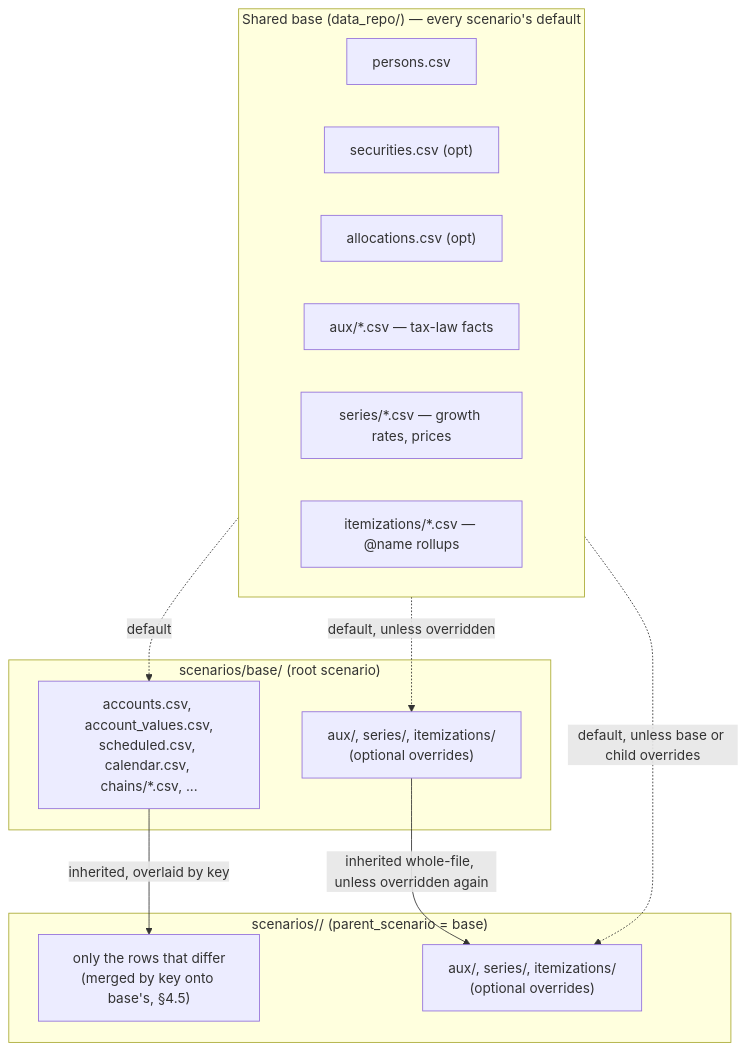
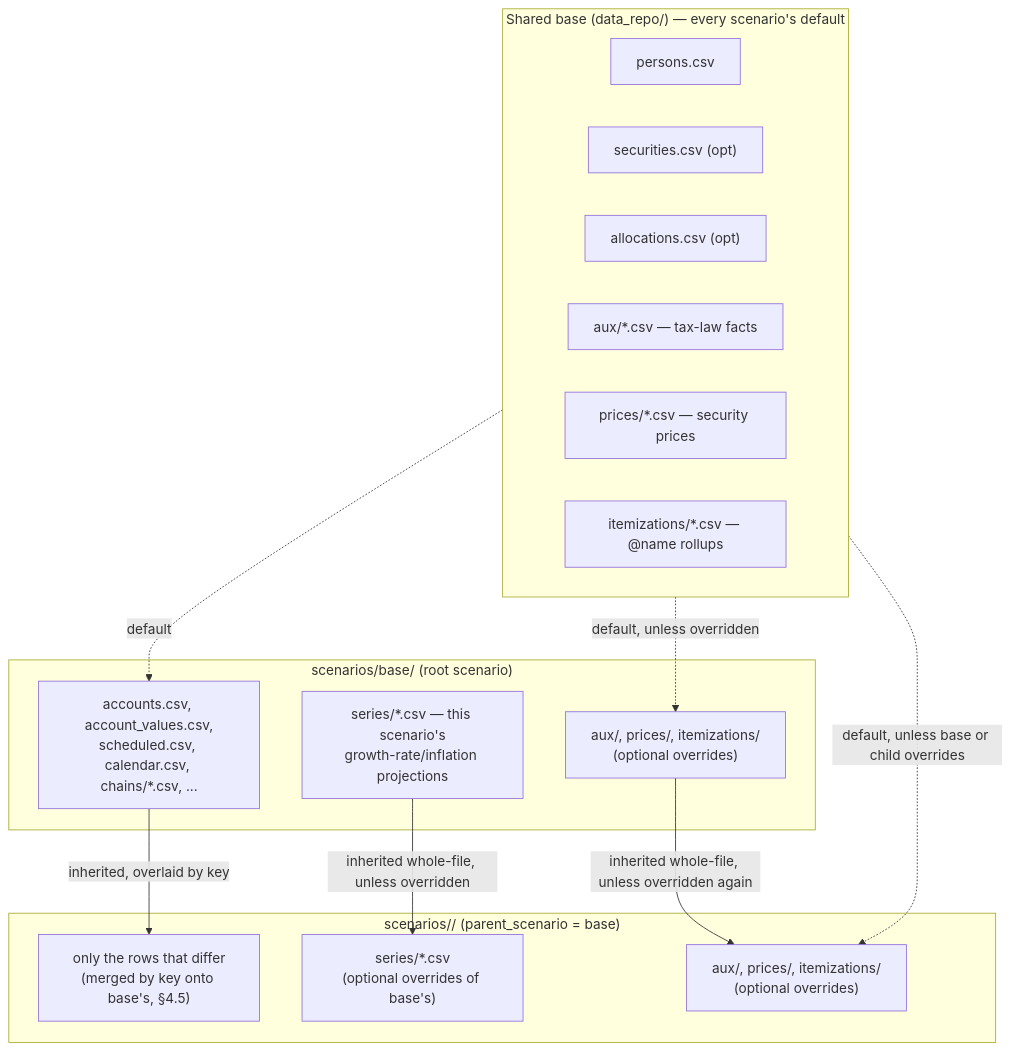
One commit to BobKerns/analysis changed the first of 2 diagrams in docs/architecture/ADR-003-registries-and-csv-schemas.md. Above: the diagram before and after it, drawn with Mermaid. The commit also changed other lines of this file and 21 other files, not shown here.

First line of the commit message:
Correct the aux/series split: prices/ is shared, series/ is per-scenario only

````diff
--- a/docs/architecture/ADR-003-registries-and-csv-schemas.md
+++ b/docs/architecture/ADR-003-registries-and-csv-schemas.md
@@ -315,28 +315,33 @@
 ```mermaid
 flowchart TB
     subgraph shared["Shared base (data_repo/) — every scenario's default"]
         persons["persons.csv"]
         securities["securities.csv (opt)"]
         allocations["allocations.csv (opt)"]
         aux["aux/*.csv — tax-law facts"]
-        series["series/*.csv — growth rates, prices"]
+        prices["prices/*.csv — security prices"]
         itemizations["itemizations/*.csv — @name rollups"]
     end
     subgraph base["scenarios/base/ (root scenario)"]
         base_files["accounts.csv, account_values.csv,
 scheduled.csv, calendar.csv, chains/*.csv, ..."]
-        base_override["aux/, series/, itemizations/
+        base_series["series/*.csv — this scenario's
+growth-rate/inflation projections"]
+        base_override["aux/, prices/, itemizations/
 (optional overrides)"]
     end
     subgraph child["scenarios/<derived>/ (parent_scenario = base)"]
         child_files["only the rows that differ
 (merged by key onto base's, §4.5)"]
-        child_override["aux/, series/, itemizations/
+        child_series["series/*.csv
+(optional overrides of base's)"]
+        child_override["aux/, prices/, itemizations/
 (optional overrides)"]
     end
     shared -.->|default| base_files
     shared -.->|default, unless overridden| base_override
     base_files -->|inherited, overlaid by key| child_files
+    base_series -->|inherited whole-file, unless overridden| child_series
     base_override -->|inherited whole-file, unless overridden again| child_override
     shared -.->|default, unless base or child overrides| child_override
 ```
````
